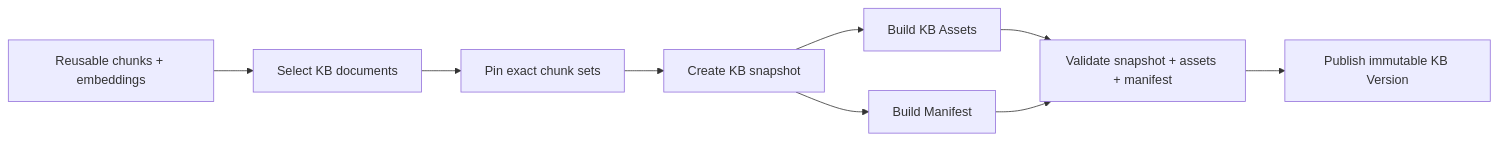
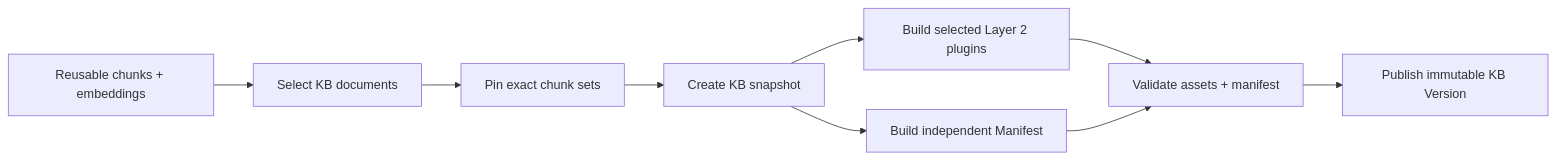
The third of 4 diagrams in README.md (ferryhe/agentic-kb-chat), drawn with Mermaid before and after one commit. The commit also changed other lines of this file, not shown here.

Commit message:
Expand Layer 2 into pluggable KB asset families

````diff
--- a/README.md
+++ b/README.md
@@ -263,18 +567,18 @@
 ```mermaid
 flowchart LR
     ASSET[Reusable chunks + embeddings]
     SELECT[Select KB documents]
     PIN[Pin exact chunk sets]
     SNAP[Create KB snapshot]
-    B2[Build KB Assets]
-    B3[Build Manifest]
-    VALIDATE[Validate snapshot + assets + manifest]
+    B2[Build selected Layer 2 plugins]
+    B3[Build independent Manifest]
+    VALIDATE[Validate assets + manifest]
     PUBLISH[Publish immutable KB Version]
 
     ASSET --> SELECT --> PIN --> SNAP
     SNAP --> B2
     SNAP --> B3
     B2 --> VALIDATE
     B3 --> VALIDATE
     VALIDATE --> PUBLISH
 ```
````
